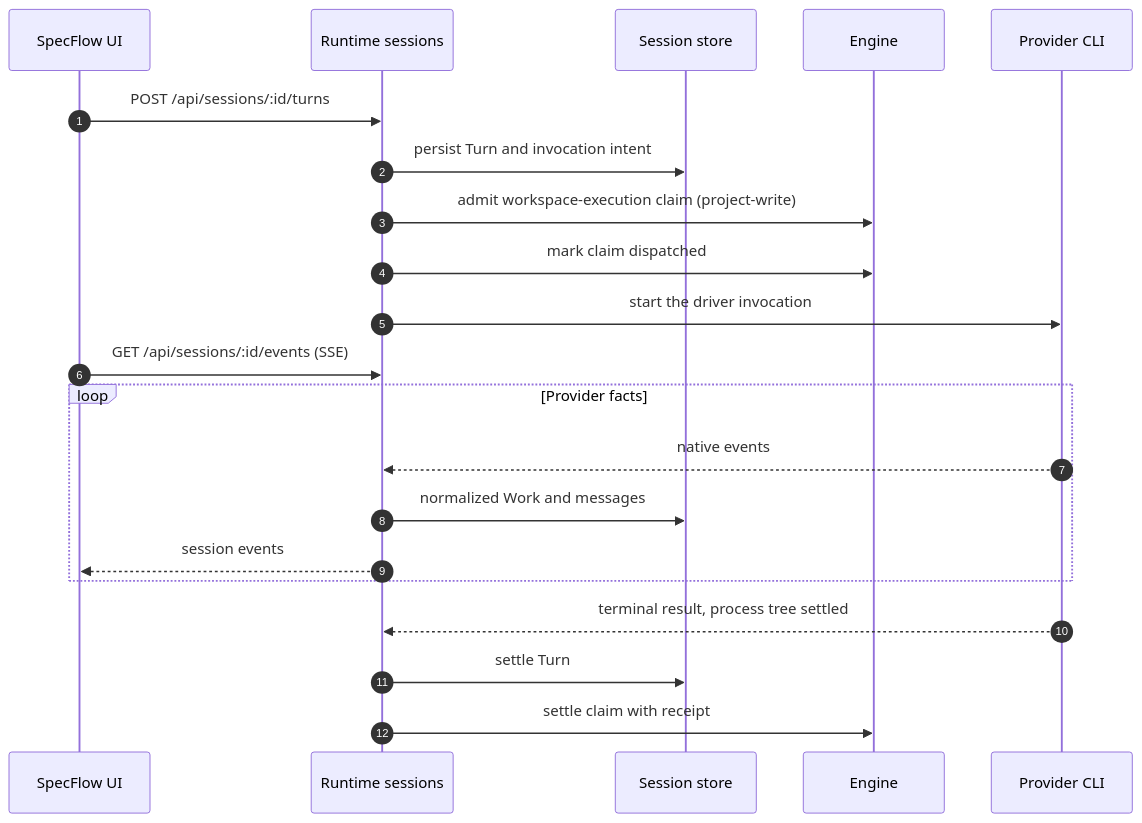
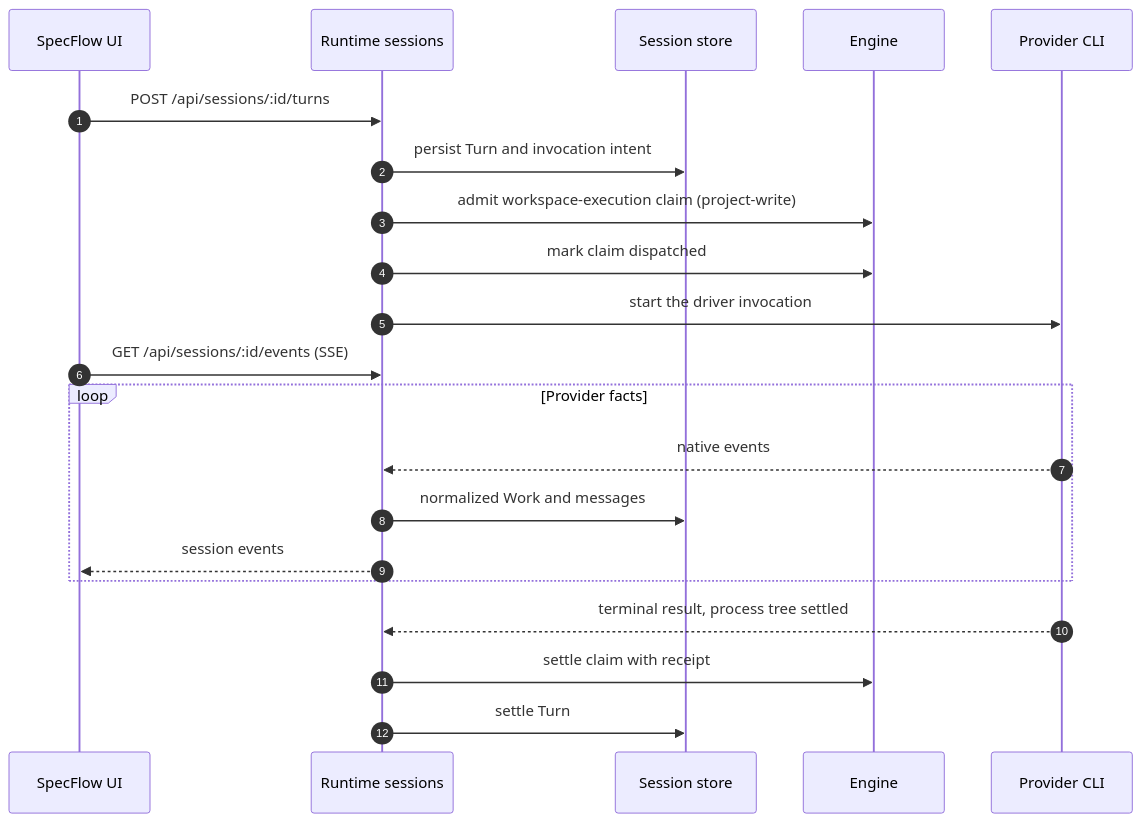
The fifth of 5 diagrams in docs/architecture/overview.md (dczerwinskipl/nevo-specflow), drawn with Mermaid before and after one commit. The commit also changed other lines of this file and 2 other files, not shown here.

Commit message:
docs: fix Turn settle order and .execution path in the overview, keep conflict resolution as an open idea

````diff
--- a/docs/architecture/overview.md
+++ b/docs/architecture/overview.md
@@ -203,24 +203,24 @@
 ```mermaid
 sequenceDiagram
   autonumber
   participant UI as SpecFlow UI
   participant RT as Runtime sessions
   participant DB as Session store
   participant EN as Engine
   participant PR as Provider CLI
 
   UI->>RT: POST /api/sessions/:id/turns
   RT->>DB: persist Turn and invocation intent
   RT->>EN: admit workspace-execution claim (project-write)
   RT->>EN: mark claim dispatched
   RT->>PR: start the driver invocation
   UI->>RT: GET /api/sessions/:id/events (SSE)
   loop Provider facts
     PR-->>RT: native events
     RT->>DB: normalized Work and messages
     RT-->>UI: session events
   end
   PR-->>RT: terminal result, process tree settled
+  RT->>EN: settle claim with receipt
   RT->>DB: settle Turn
-  RT->>EN: settle claim with receipt
 ```
````
